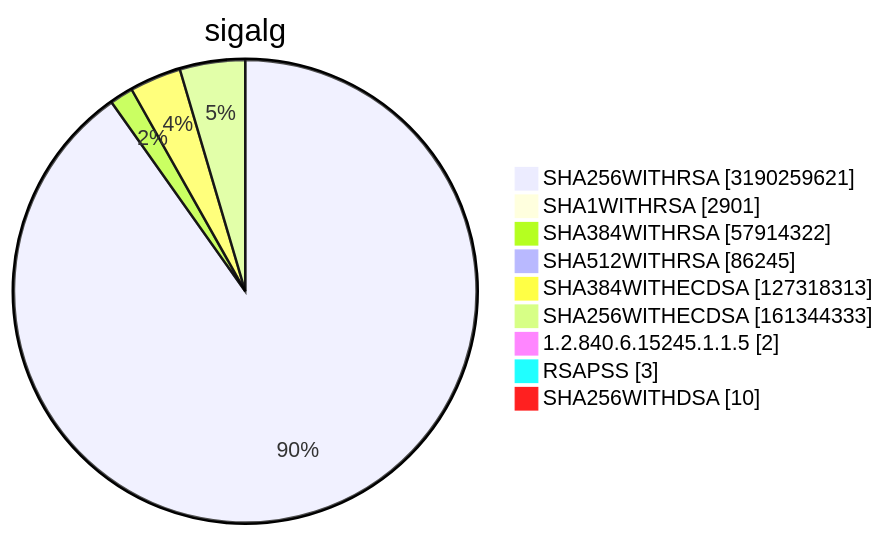
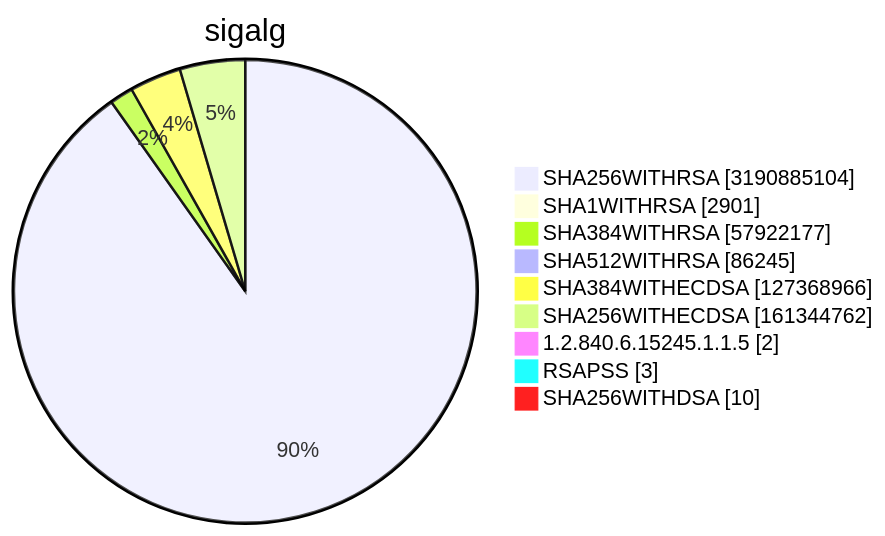
One commit to christiankrug/ctmonitor_visualization changed diagram 15 of 15 in TOTAL/README.md. Above: the diagram before and after it, drawn with Mermaid. The commit also changed other lines of this file, not shown here.

````diff
--- a/TOTAL/README.md
+++ b/TOTAL/README.md
@@ -6216,13 +6216,13 @@
 ```mermaid
 pie showData
 title sigalg
-"SHA256WITHRSA" :3190259621
+"SHA256WITHRSA" :3190885104
 "SHA1WITHRSA" :2901
-"SHA384WITHRSA" :57914322
+"SHA384WITHRSA" :57922177
 "SHA512WITHRSA" :86245
-"SHA384WITHECDSA" :127318313
-"SHA256WITHECDSA" :161344333
+"SHA384WITHECDSA" :127368966
+"SHA256WITHECDSA" :161344762
 "1.2.840.6.15245.1.1.5" :2
 "RSAPSS" :3
 "SHA256WITHDSA" :10
 ```
````
